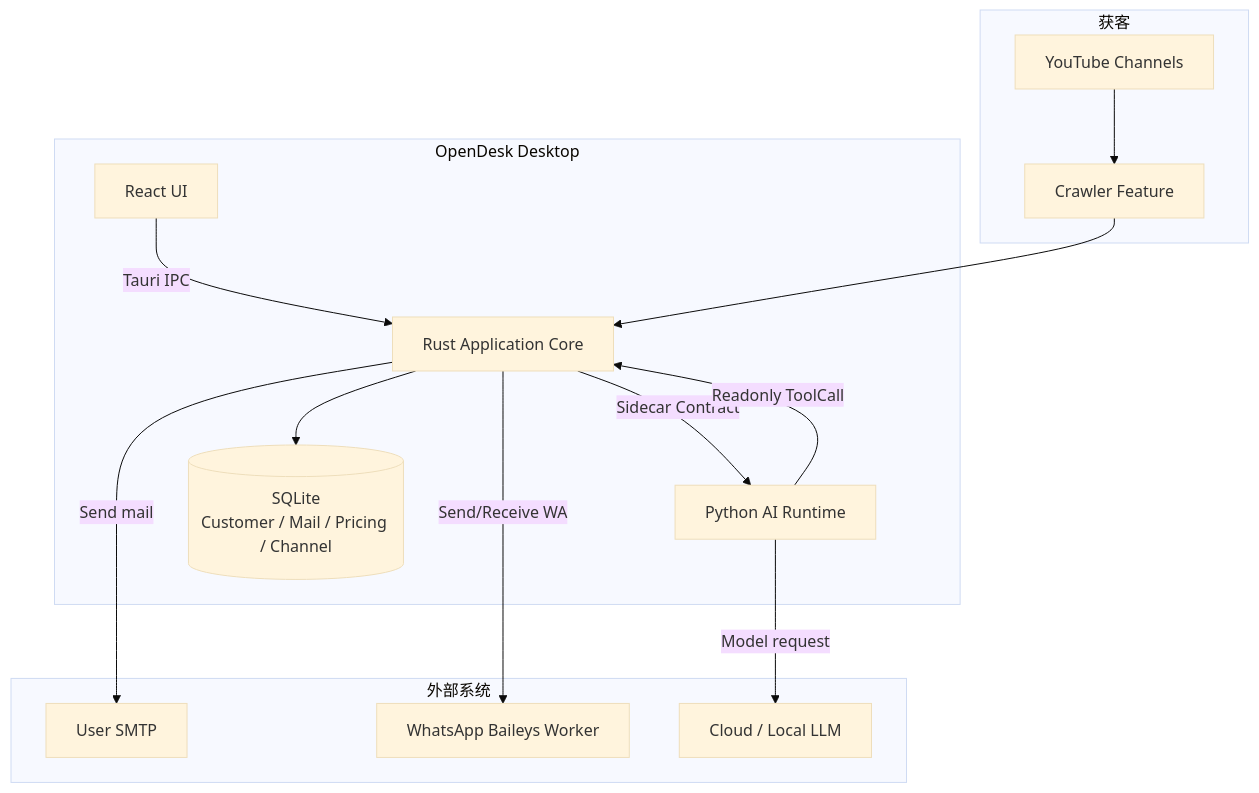
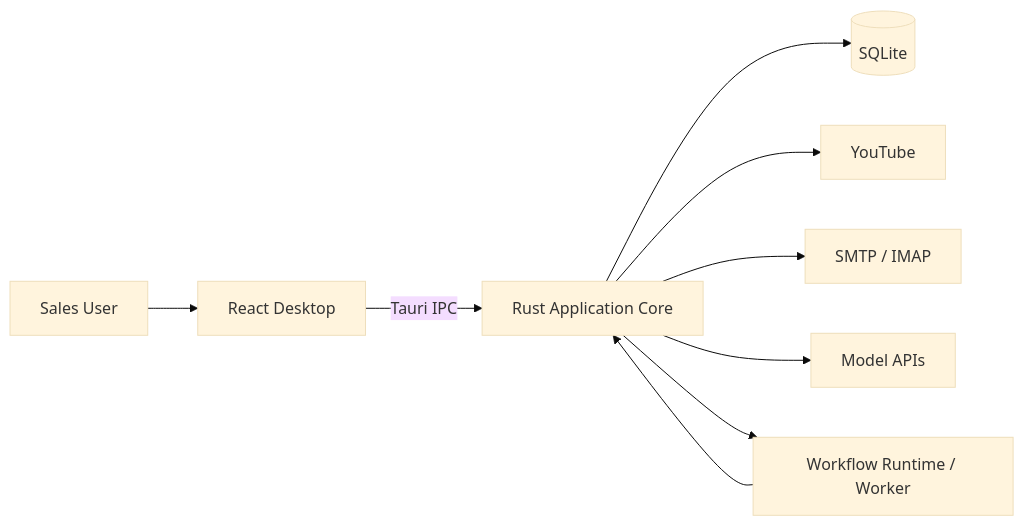
One commit to kingning2/OpenDesk changed the diagram in docs/architecture/product-architecture.md. Above: the diagram before and after it, drawn with Mermaid (base theme). The commit also changed other lines of this file and 95 other files, not shown here.

````diff
--- a/docs/architecture/product-architecture.md
+++ b/docs/architecture/product-architecture.md
@@ -45,31 +9,11 @@
 ```mermaid
-flowchart TB
-    subgraph Acquisition["获客"]
-        YT[YouTube Channels]
-        Crawler[Crawler Feature]
-        YT --> Crawler
-    end
-
-    subgraph Desktop["OpenDesk Desktop"]
-        React[React UI]
-        Rust[Rust Application Core]
-        Python[Python AI Runtime]
-        DB[(SQLite\nCustomer / Mail / Pricing / Channel)]
-
-        React -->|Tauri IPC| Rust
-        Rust -->|Sidecar Contract| Python
-        Rust --> DB
-        Crawler --> Rust
-    end
-
-    subgraph External["外部系统"]
-        SMTP[User SMTP]
-        WA[WhatsApp Baileys Worker]
-        LLM[Cloud / Local LLM]
-    end
-
-    Rust -->|Send mail| SMTP
-    Rust -->|Send/Receive WA| WA
-    Python -->|Model request| LLM
-    Python -->|Readonly ToolCall| Rust
+flowchart LR
+  U[Sales User] --> R[React Desktop]
+  R -->|Tauri IPC| C[Rust Application Core]
+  C --> DB[(SQLite)]
+  C --> YT[YouTube]
+  C --> MAIL[SMTP / IMAP]
+  C --> LLM[Model APIs]
+  C --> JOB[Workflow Runtime / Worker]
+  JOB --> C
 ```
````
